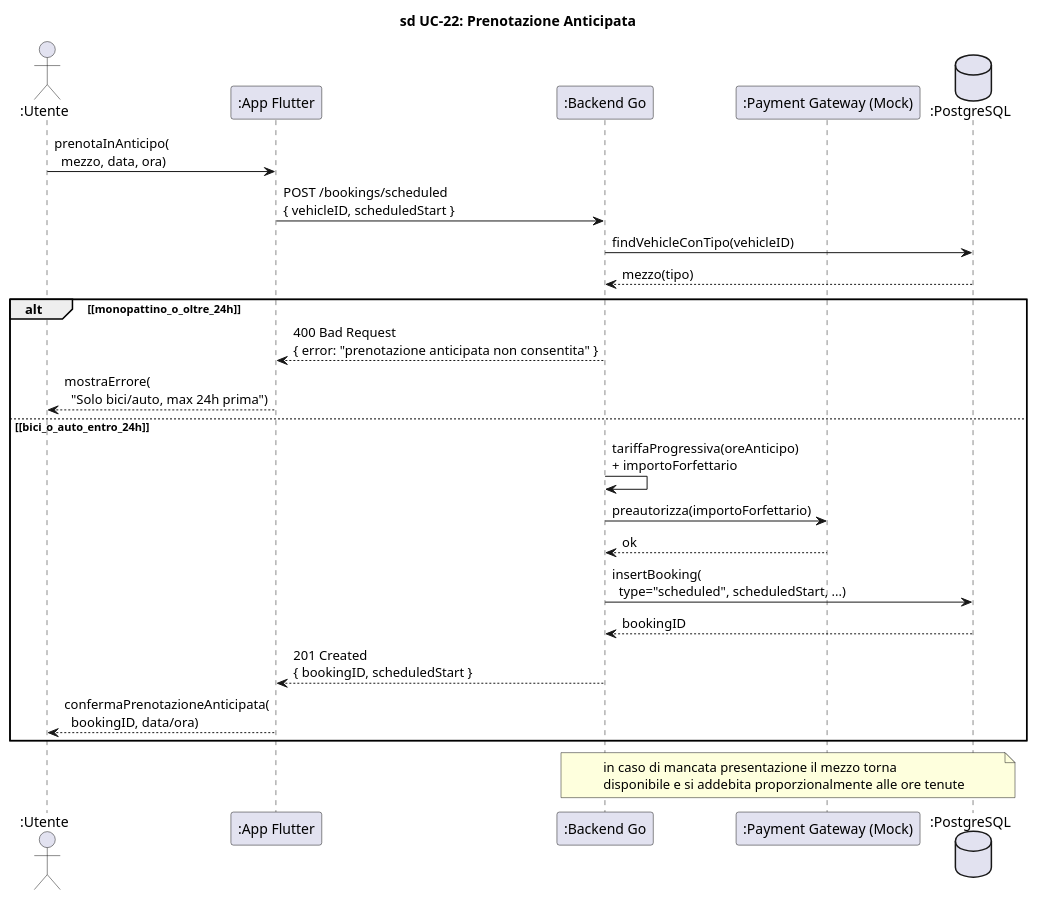
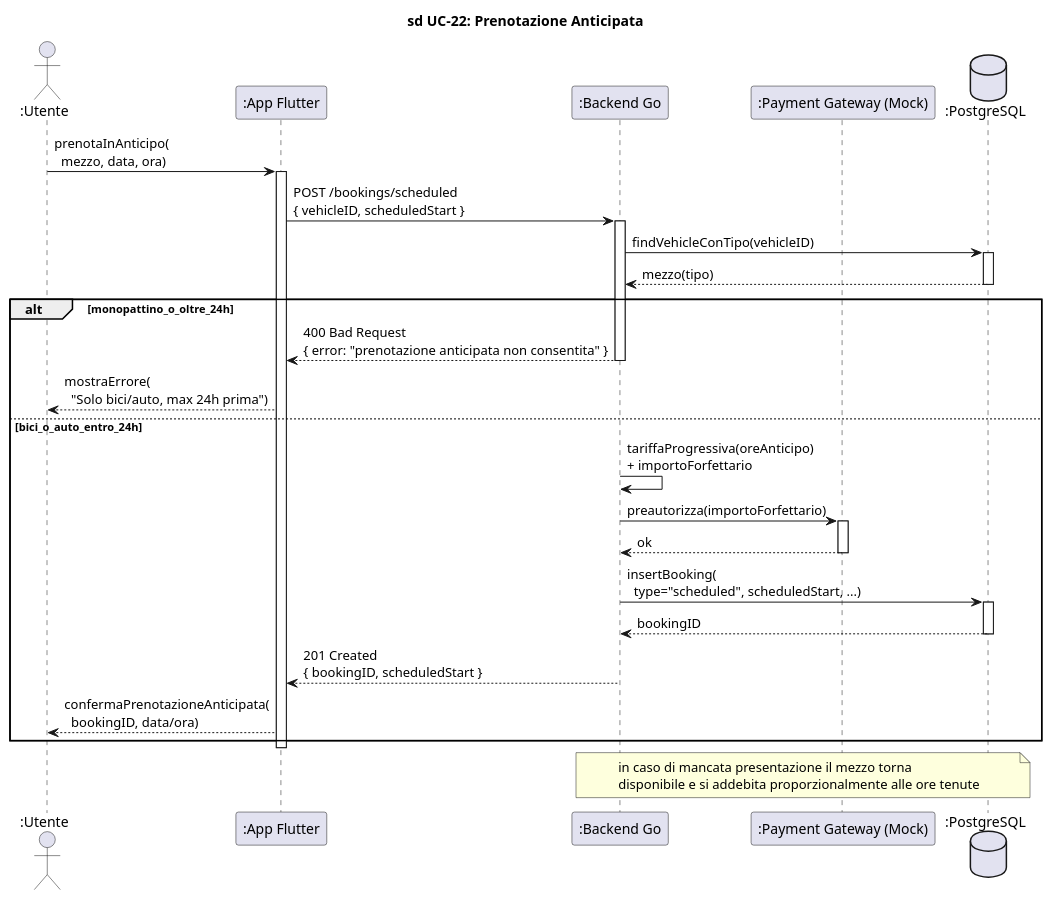
Before and after one commit to Lorisforse/Zipply: the diagram in docs/diagrams/puml/Sprint 2/sd_UC22_PrenotazioneAnticipata.puml, drawn with PlantUML. The commit also changed 65 other files, not shown here.

Commit message:
Aggiunta UML sprint 3

```diff
--- a/docs/diagrams/puml/Sprint 2/sd_UC22_PrenotazioneAnticipata.puml
+++ b/docs/diagrams/puml/Sprint 2/sd_UC22_PrenotazioneAnticipata.puml
@@ -1,36 +1,48 @@
 @startuml sd_UC22_PrenotazioneAnticipata
 
 title sd UC-22: Prenotazione Anticipata
 
 skinparam hyperlinkColor black
 skinparam hyperlinkUnderline false
 
 actor ":Utente" as Utente
 participant ":App Flutter" as App
 participant ":Backend Go" as Backend
 participant ":Payment Gateway (Mock)" as Pay
 database ":PostgreSQL" as DB
 
 Utente -> App : prenotaInAnticipo(\n  mezzo, data, ora)
+activate App
 
 App -> Backend : POST /bookings/scheduled\n{ vehicleID, scheduledStart }
+activate Backend
 
 Backend -> DB : findVehicleConTipo(vehicleID)
+activate DB
 DB --> Backend : mezzo(tipo)
+deactivate DB
 
-alt ~[monopattino_o_oltre_24h~]
+alt monopattino_o_oltre_24h
     Backend --> App : 400 Bad Request\n{ error: "prenotazione anticipata non consentita" }
+    deactivate Backend
     App --> Utente : mostraErrore(\n  "Solo bici/auto, max 24h prima")
-else ~[bici_o_auto_entro_24h~]
+else bici_o_auto_entro_24h
     Backend -> Backend : tariffaProgressiva(oreAnticipo)\n+ importoForfettario
     Backend -> Pay : preautorizza(importoForfettario)
+    activate Pay
     Pay --> Backend : ok
+    deactivate Pay
     Backend -> DB : insertBooking(\n  type="scheduled", scheduledStart, ...)
+    activate DB
     DB --> Backend : bookingID
+    deactivate DB
     Backend --> App : 201 Created\n{ bookingID, scheduledStart }
+    deactivate Backend
     App --> Utente : confermaPrenotazioneAnticipata(\n  bookingID, data/ora)
 end
+
+deactivate App
 
 note over Backend, DB : in caso di mancata presentazione il mezzo torna\ndisponibile e si addebita proporzionalmente alle ore tenute
 
 @enduml
```
